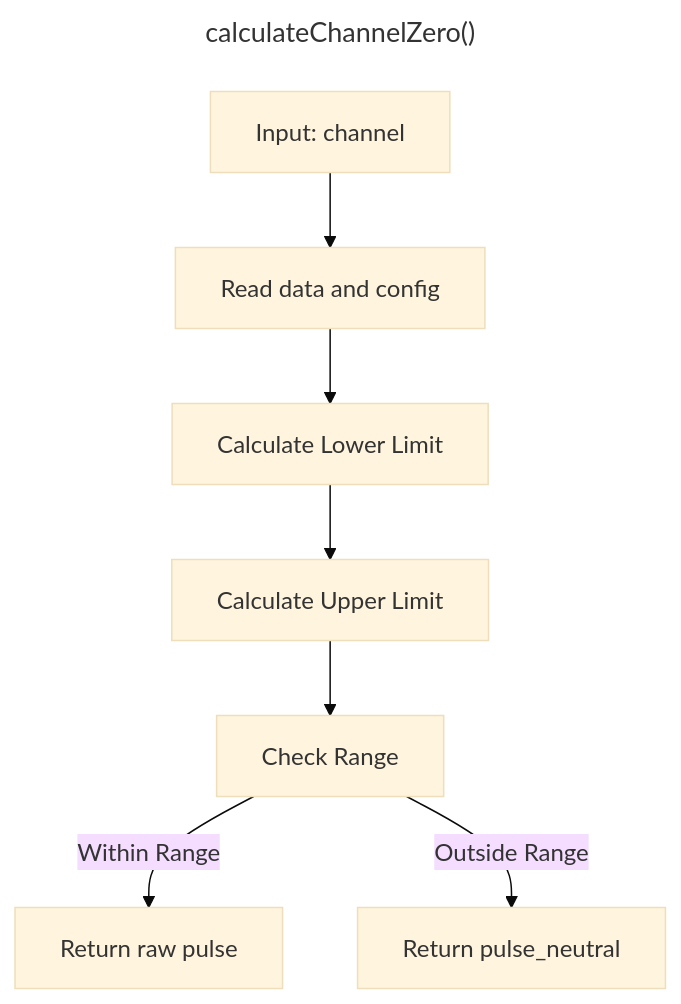
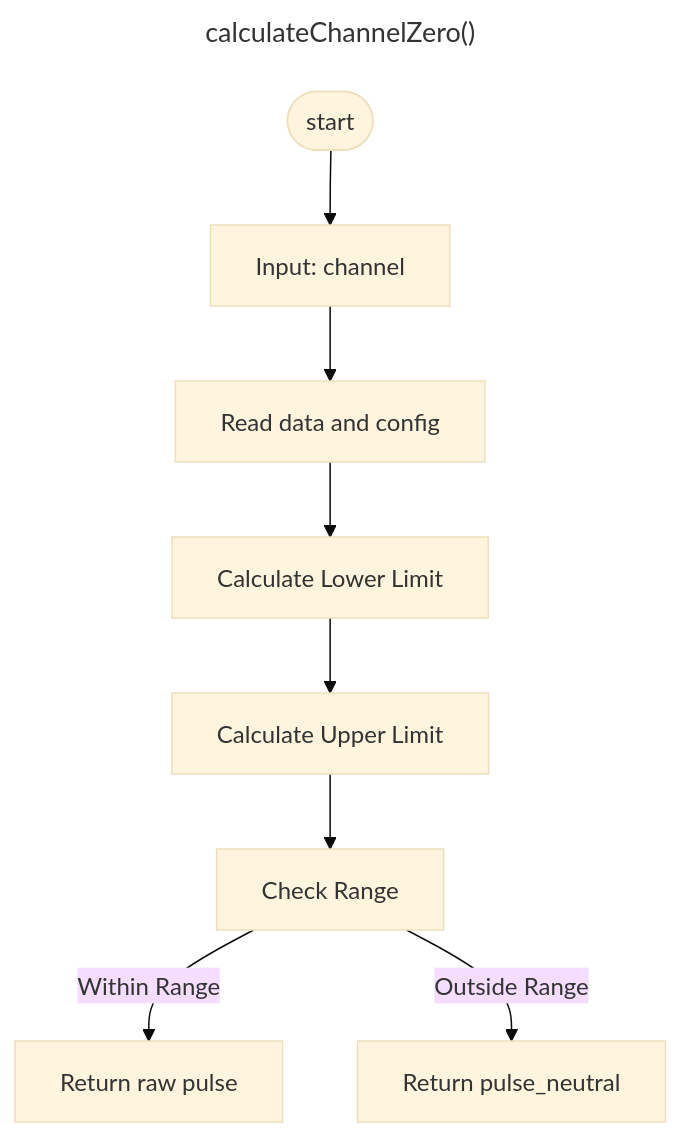
One commit to rewegit/esp32-rmt-pwm-reader changed the sixth of 9 diagrams in docs/HowItWorks.md. Above: the diagram before and after it, drawn with Mermaid. The commit also changed other lines of this file, not shown here.

````diff
--- a/docs/HowItWorks.md
+++ b/docs/HowItWorks.md
@@ -234,13 +259,14 @@
 ```mermaid
 ---
 title:  calculateChannelZero()
 ---
 %%{ init: {'theme': 'base', "graph": {"htmlLabels": true}} }%%
 flowchart TD
+        start([start]) --> 
         input[Input: channel] -->readData[Read data and config]
         readData  --> calculateLowerLimit[Calculate Lower Limit]
         calculateLowerLimit -->calculateUpperLimit[Calculate Upper Limit]
         calculateUpperLimit -->checkRange[Check Range]
         checkRange -->|Within Range| returnHighus[Return raw pulse]
         checkRange -->|Outside Range| returnPulseNeutral[Return pulse_neutral]
 ```
````
